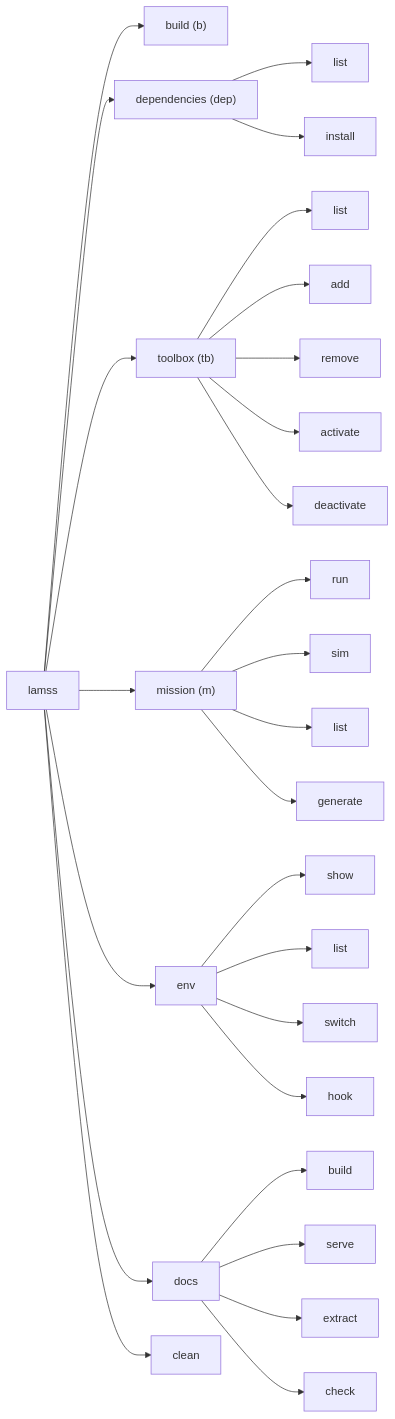
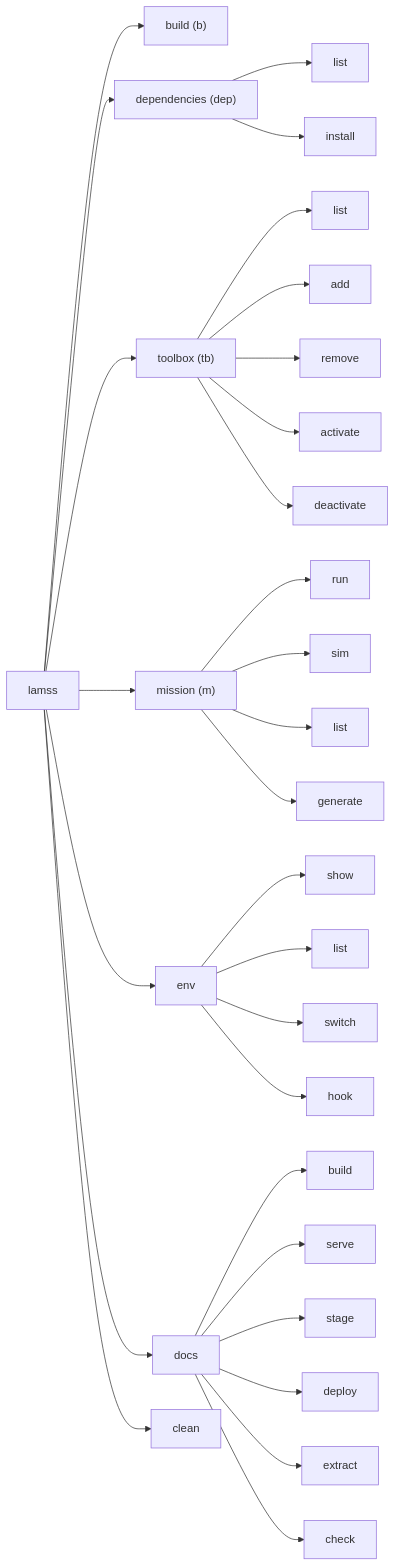
The second of 2 diagrams in core/src/doc/plan/claude/03-lamss-tool.md (GobySoft/lamss3), drawn with Mermaid before and after one commit. The commit also changed other lines of this file and 55 other files, not shown here.

````diff
--- a/core/src/doc/plan/claude/03-lamss-tool.md
+++ b/core/src/doc/plan/claude/03-lamss-tool.md
@@ -43,29 +43,31 @@
 ```mermaid
 flowchart LR
   lamss --> build["build (b)"]
   lamss --> dep["dependencies (dep)"]
   dep --> dl[list]
   dep --> di[install]
   lamss --> tb["toolbox (tb)"]
   tb --> tl[list]
   tb --> ta[add]
   tb --> tr[remove]
   tb --> tac[activate]
   tb --> tde[deactivate]
   lamss --> m["mission (m)"]
   m --> run[run]
   m --> sim[sim]
   m --> ml[list]
   m --> mg[generate]
   lamss --> env
   env --> es[show]
   env --> el[list]
   env --> esw[switch]
   env --> eh[hook]
   lamss --> docs
   docs --> db[build]
   docs --> ds[serve]
+  docs --> dst[stage]
+  docs --> dd[deploy]
   docs --> dx[extract]
   docs --> dc[check]
   lamss --> clean
 ```
````
